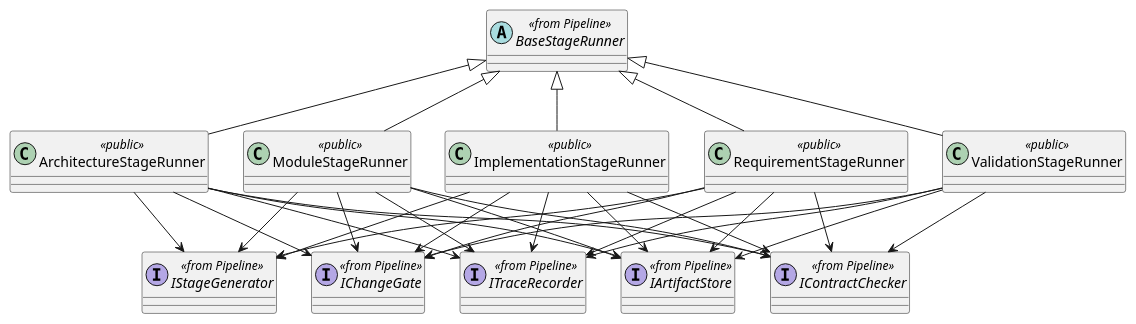
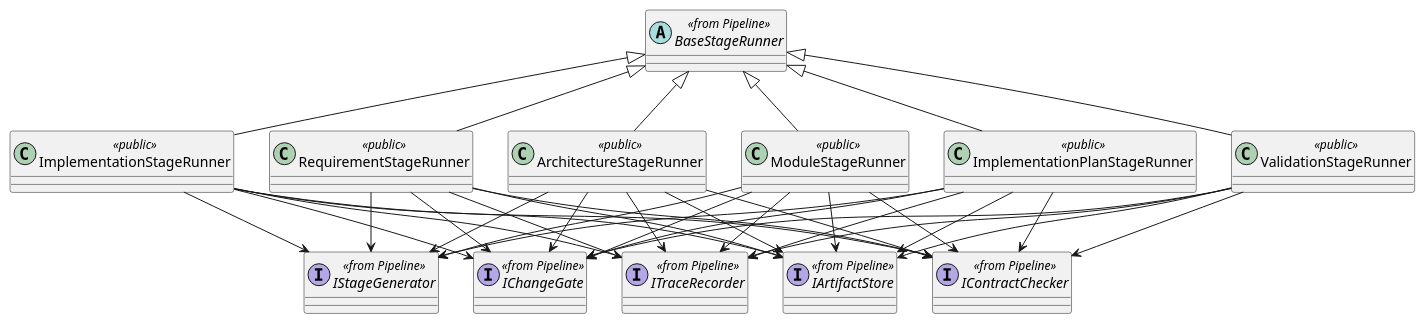
One commit to lucky-chen/ai_workflow_travel changed the diagram in meta_layer/docs/design_docs/Workflow/StageRunners.md. Above: the diagram before and after it, drawn with PlantUML. The commit also changed other lines of this file and 7 other files, not shown here.

First line of the commit message:
[AI] gpt-5.4: align implementation plan driven execution docs

````diff
--- a/meta_layer/docs/design_docs/Workflow/StageRunners.md
+++ b/meta_layer/docs/design_docs/Workflow/StageRunners.md
@@ -19,51 +19,58 @@
 ```plantuml
 @startuml
 abstract class BaseStageRunner <<from Pipeline>>
 interface IStageGenerator <<from Pipeline>>
 interface IContractChecker <<from Pipeline>>
 interface IChangeGate <<from Pipeline>>
 interface ITraceRecorder <<from Pipeline>>
 interface IArtifactStore <<from Pipeline>>
 
 class RequirementStageRunner <<public>>
 class ArchitectureStageRunner <<public>>
 class ModuleStageRunner <<public>>
+class ImplementationPlanStageRunner <<public>>
 class ImplementationStageRunner <<public>>
 class ValidationStageRunner <<public>>
 
 BaseStageRunner <|-- RequirementStageRunner
 BaseStageRunner <|-- ArchitectureStageRunner
 BaseStageRunner <|-- ModuleStageRunner
+BaseStageRunner <|-- ImplementationPlanStageRunner
 BaseStageRunner <|-- ImplementationStageRunner
 BaseStageRunner <|-- ValidationStageRunner
 
 RequirementStageRunner --> IStageGenerator
 ArchitectureStageRunner --> IStageGenerator
 ModuleStageRunner --> IStageGenerator
+ImplementationPlanStageRunner --> IStageGenerator
 ImplementationStageRunner --> IStageGenerator
 
 RequirementStageRunner --> IContractChecker
 ArchitectureStageRunner --> IContractChecker
 ModuleStageRunner --> IContractChecker
+ImplementationPlanStageRunner --> IContractChecker
 ImplementationStageRunner --> IContractChecker
 ValidationStageRunner --> IContractChecker
 
 RequirementStageRunner --> IChangeGate
 ArchitectureStageRunner --> IChangeGate
 ModuleStageRunner --> IChangeGate
+ImplementationPlanStageRunner --> IChangeGate
 ImplementationStageRunner --> IChangeGate
 ValidationStageRunner --> IChangeGate
 
 RequirementStageRunner --> ITraceRecorder
 ArchitectureStageRunner --> ITraceRecorder
 ModuleStageRunner --> ITraceRecorder
+ImplementationPlanStageRunner --> ITraceRecorder
 ImplementationStageRunner --> ITraceRecorder
 ValidationStageRunner --> ITraceRecorder
 
 RequirementStageRunner --> IArtifactStore
 ArchitectureStageRunner --> IArtifactStore
 ModuleStageRunner --> IArtifactStore
+ImplementationPlanStageRunner --> IArtifactStore
 ImplementationStageRunner --> IArtifactStore
 ValidationStageRunner --> IArtifactStore
 @enduml
 ```
````
